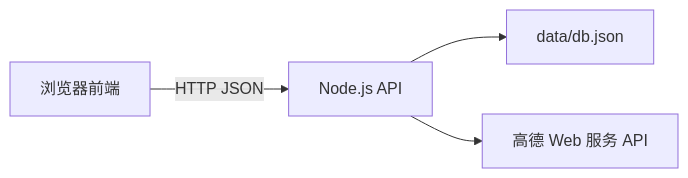
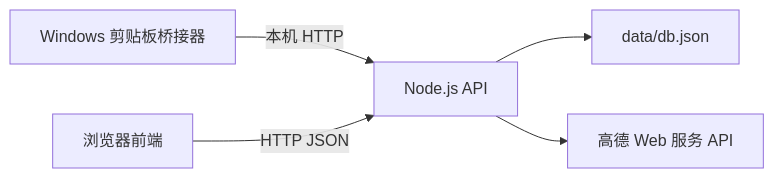
Before and after one commit to lzhdelife/shenzhen-tutor-web: the diagram in docs/TECHNICAL.md, drawn with Mermaid. The commit also changed other lines of this file and 2 other files, not shown here.

````diff
--- a/docs/TECHNICAL.md
+++ b/docs/TECHNICAL.md
@@ -5,6 +5,7 @@
 ```mermaid
 flowchart LR
+    C["Windows 剪贴板桥接器"] -->|"本机 HTTP"| A["Node.js API"]
     B["浏览器前端"] -->|"HTTP JSON"| A["Node.js API"]
     A --> D["data/db.json"]
     A --> G["高德 Web 服务 API"]
 ```
````
